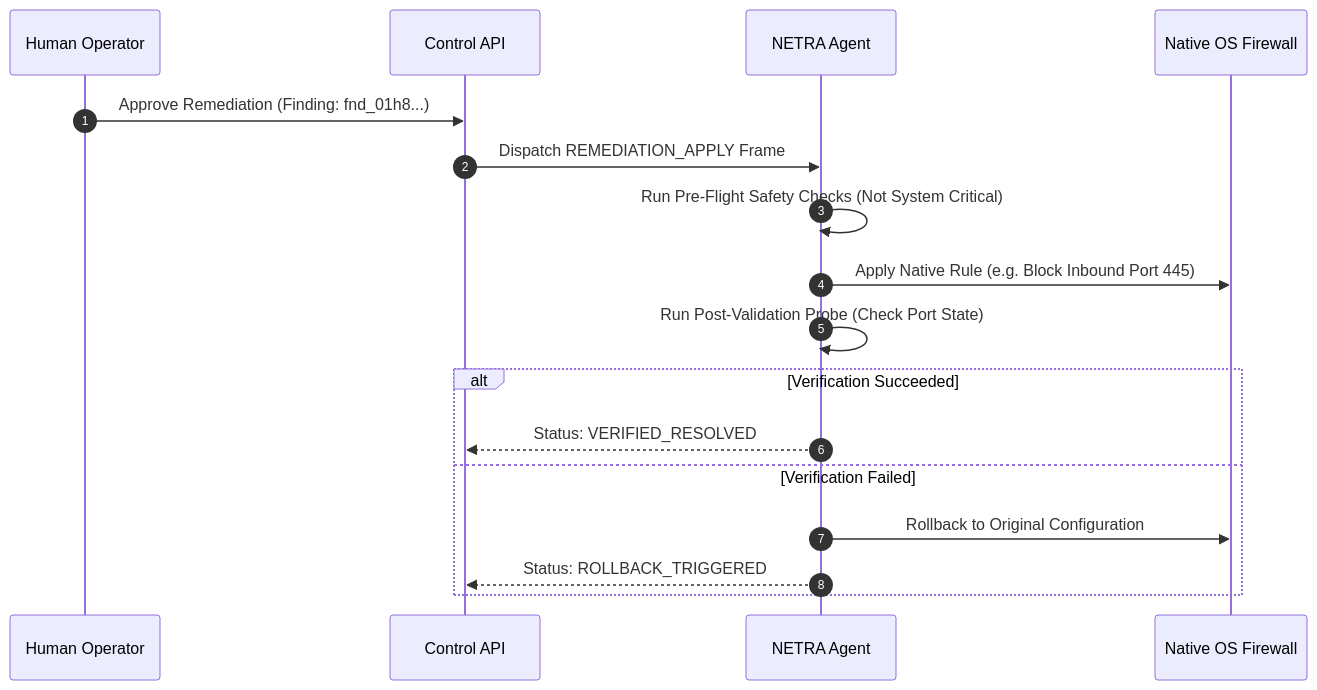
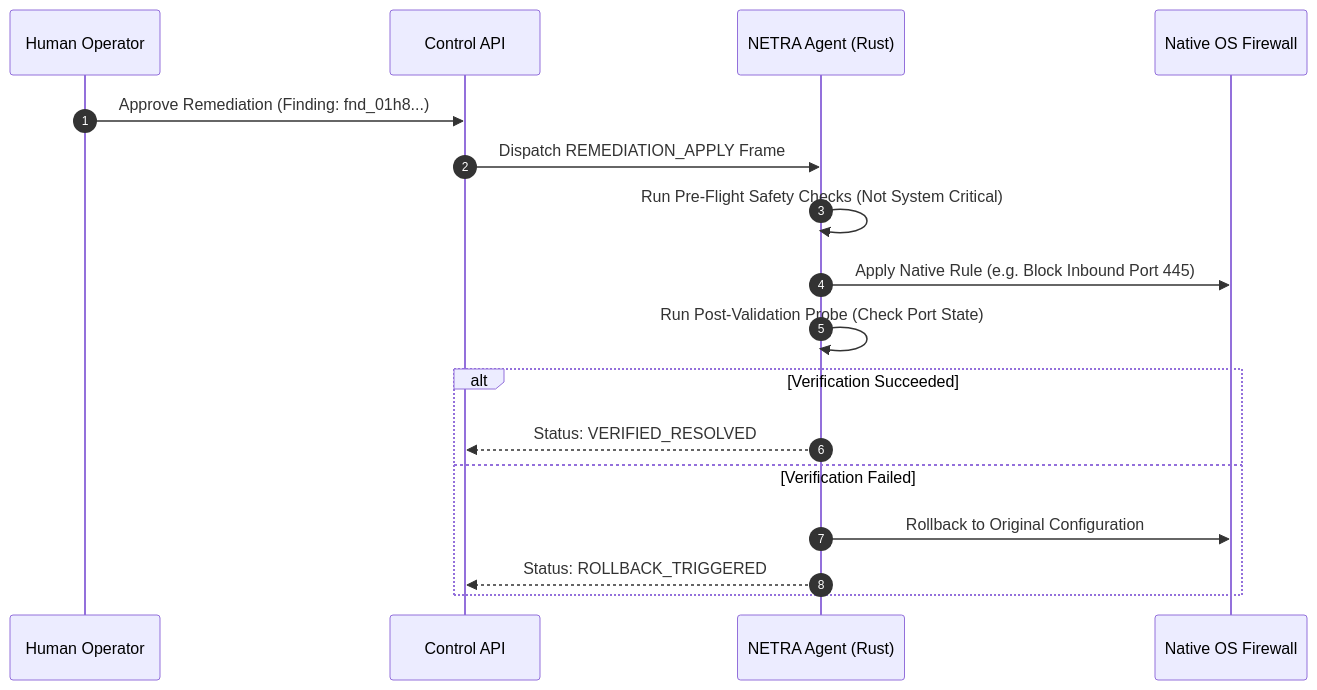
The third of 3 diagrams in docs/SECURITY_CHECK.md (Subhadip-Paul2006/NETRA-Backend), drawn with Mermaid before and after one commit. The commit also changed other lines of this file and 13 other files, not shown here.

Commit message:
docs: finalize Rust-first systems architecture lock across all 16 specifications

````diff
--- a/docs/SECURITY_CHECK.md
+++ b/docs/SECURITY_CHECK.md
@@ -111,20 +125,20 @@
 ```mermaid
 sequenceDiagram
     autonumber
     participant Op as Human Operator
     participant API as Control API
-    participant Agent as NETRA Agent
+    participant Agent as NETRA Agent (Rust)
     participant OS as Native OS Firewall
 
     Op->>API: Approve Remediation (Finding: fnd_01h8...)
     API->>Agent: Dispatch REMEDIATION_APPLY Frame
     Agent->>Agent: Run Pre-Flight Safety Checks (Not System Critical)
     Agent->>OS: Apply Native Rule (e.g. Block Inbound Port 445)
     Agent->>Agent: Run Post-Validation Probe (Check Port State)
     alt Verification Succeeded
         Agent-->>API: Status: VERIFIED_RESOLVED
     else Verification Failed
         Agent->>OS: Rollback to Original Configuration
         Agent-->>API: Status: ROLLBACK_TRIGGERED
     end
 ```
````
